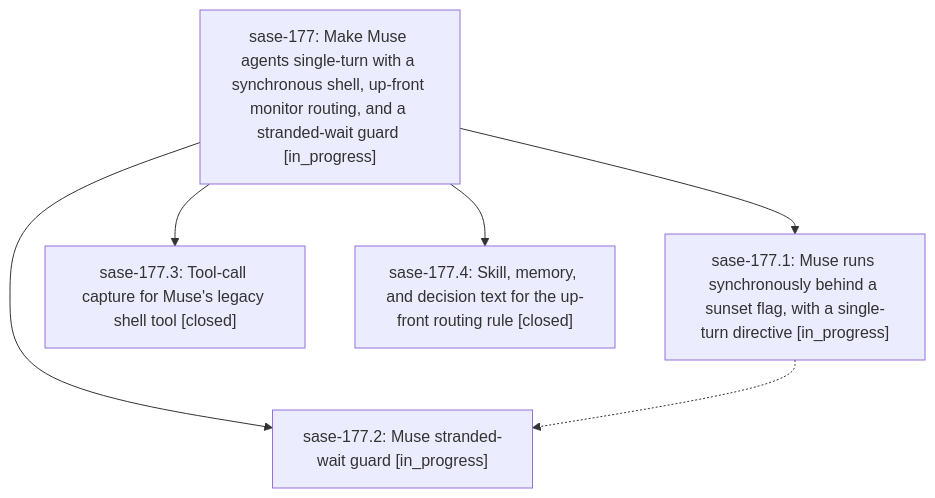
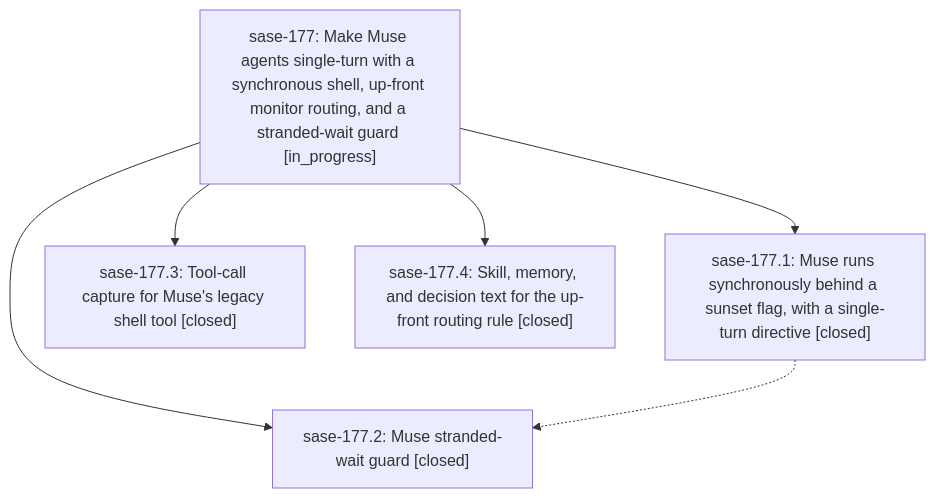
Before and after one commit to sase-org/sase--beads: the diagram in pages/sase-177/README.md, drawn with Mermaid. The commit also changed other lines of this file and 3 other files, not shown here.

````diff
--- a/pages/sase-177/README.md
+++ b/pages/sase-177/README.md
@@ -25,13 +25,13 @@
 ```mermaid
 flowchart TD
     n0["sase-177: Make Muse agents single-turn with a synchronous shell, up-front monitor routing, and a stranded-wait guard [in_progress]"]
-    n1["sase-177.1: Muse runs synchronously behind a sunset flag, with a single-turn directive [in_progress]"]
-    n2["sase-177.2: Muse stranded-wait guard [in_progress]"]
+    n1["sase-177.1: Muse runs synchronously behind a sunset flag, with a single-turn directive [closed]"]
+    n2["sase-177.2: Muse stranded-wait guard [closed]"]
     n3["sase-177.3: Tool-call capture for Muse's legacy shell tool [closed]"]
     n4["sase-177.4: Skill, memory, and decision text for the up-front routing rule [closed]"]
     n0 --> n1
     n0 --> n2
     n0 --> n3
     n0 --> n4
     n1 -.-> n2
 ```
````
